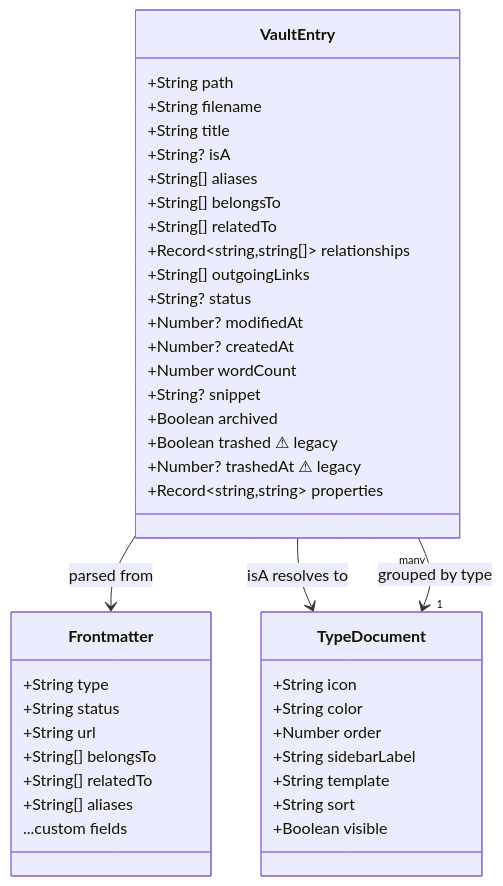
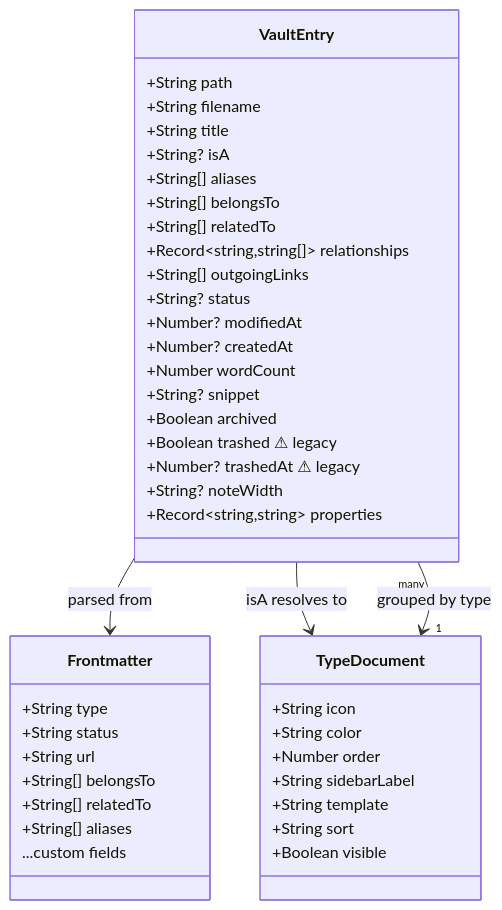
One commit to aimeritething/Fuwa changed the first of 3 diagrams in docs/ABSTRACTIONS.md. Above: the diagram before and after it, drawn with Mermaid. The commit also changed other lines of this file and 33 other files, not shown here.

````diff
--- a/docs/ABSTRACTIONS.md
+++ b/docs/ABSTRACTIONS.md
@@ -75,47 +76,48 @@
 ```mermaid
 classDiagram
     class VaultEntry {
         +String path
         +String filename
         +String title
         +String? isA
         +String[] aliases
         +String[] belongsTo
         +String[] relatedTo
         +Record~string,string[]~ relationships
         +String[] outgoingLinks
         +String? status
         +Number? modifiedAt
         +Number? createdAt
         +Number wordCount
         +String? snippet
         +Boolean archived
         +Boolean trashed ⚠ legacy
         +Number? trashedAt ⚠ legacy
+        +String? noteWidth
         +Record~string,string~ properties
     }
 
     class TypeDocument {
         +String icon
         +String color
         +Number order
         +String sidebarLabel
         +String template
         +String sort
         +Boolean visible
     }
 
     class Frontmatter {
         +String type
         +String status
         +String url
         +String[] belongsTo
         +String[] relatedTo
         +String[] aliases
         ...custom fields
     }
 
     VaultEntry --> Frontmatter : parsed from
     VaultEntry --> TypeDocument : isA resolves to
     VaultEntry "many" --> "1" TypeDocument : grouped by type
 ```
````
